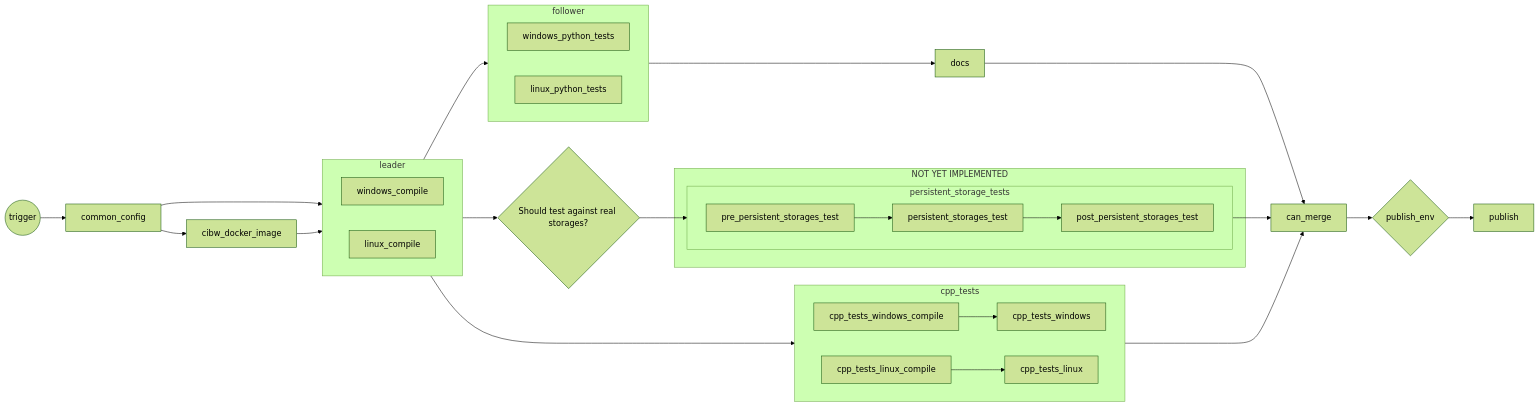
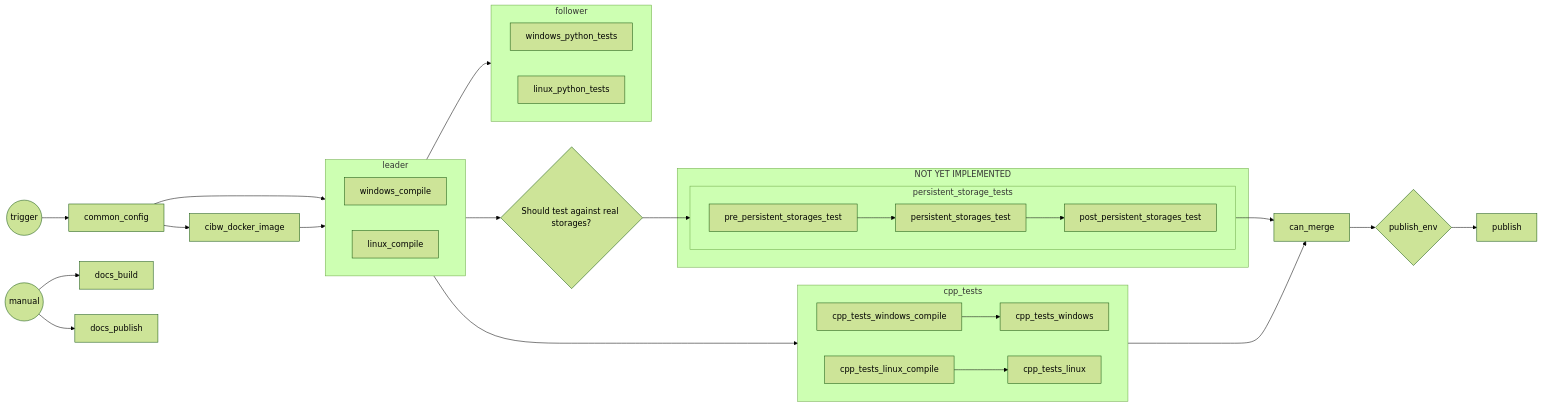
One commit to man-group/ArcticDB changed the diagram in .github/workflows/README.md. Above: the diagram before and after it, drawn with Mermaid (forest theme). The commit also changed other lines of this file and 8 other files, not shown here.

````diff
--- a/.github/workflows/README.md
+++ b/.github/workflows/README.md
@@ -19,39 +19,39 @@
 ``` mermaid
 ---
 Build Steps
 ---
 flowchart LR
     A((trigger)) --> common_config
     common_config --> cibw_docker_image
     common_config --> windows_compile
     cibw_docker_image --> linux_compile
     subgraph leader
         direction LR
         windows_compile
         linux_compile
     end
     subgraph follower
         direction LR
         windows_python_tests
         linux_python_tests
     end
     subgraph cpp_tests
         direction LR
         cpp_tests_windows_compile --> cpp_tests_windows
         cpp_tests_linux_compile --> cpp_tests_linux
     end
     subgraph NOT YET IMPLEMENTED
         subgraph persistent_storage_tests
             direction LR
             pre_persistent_storages_test --> persistent_storages_test
             persistent_storages_test --> post_persistent_storages_test
         end
     end
     leader --> follower
     leader --> cpp_tests
     leader --> persistent_storage{Should test against real storages?} --> persistent_storage_tests --> can_merge
-    follower --> docs
-    docs --> can_merge
     cpp_tests --> can_merge
     can_merge --> pub_check{publish_env} --> publish
+    B((manual)) --> docs_build
+    B((manual)) --> docs_publish
 ```
````
